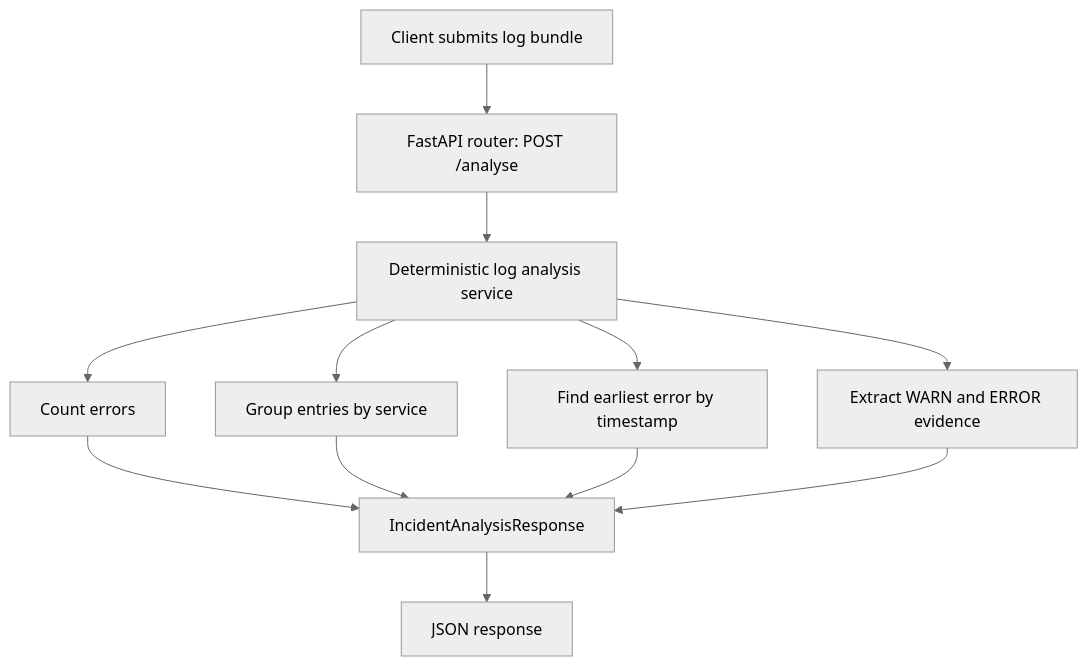
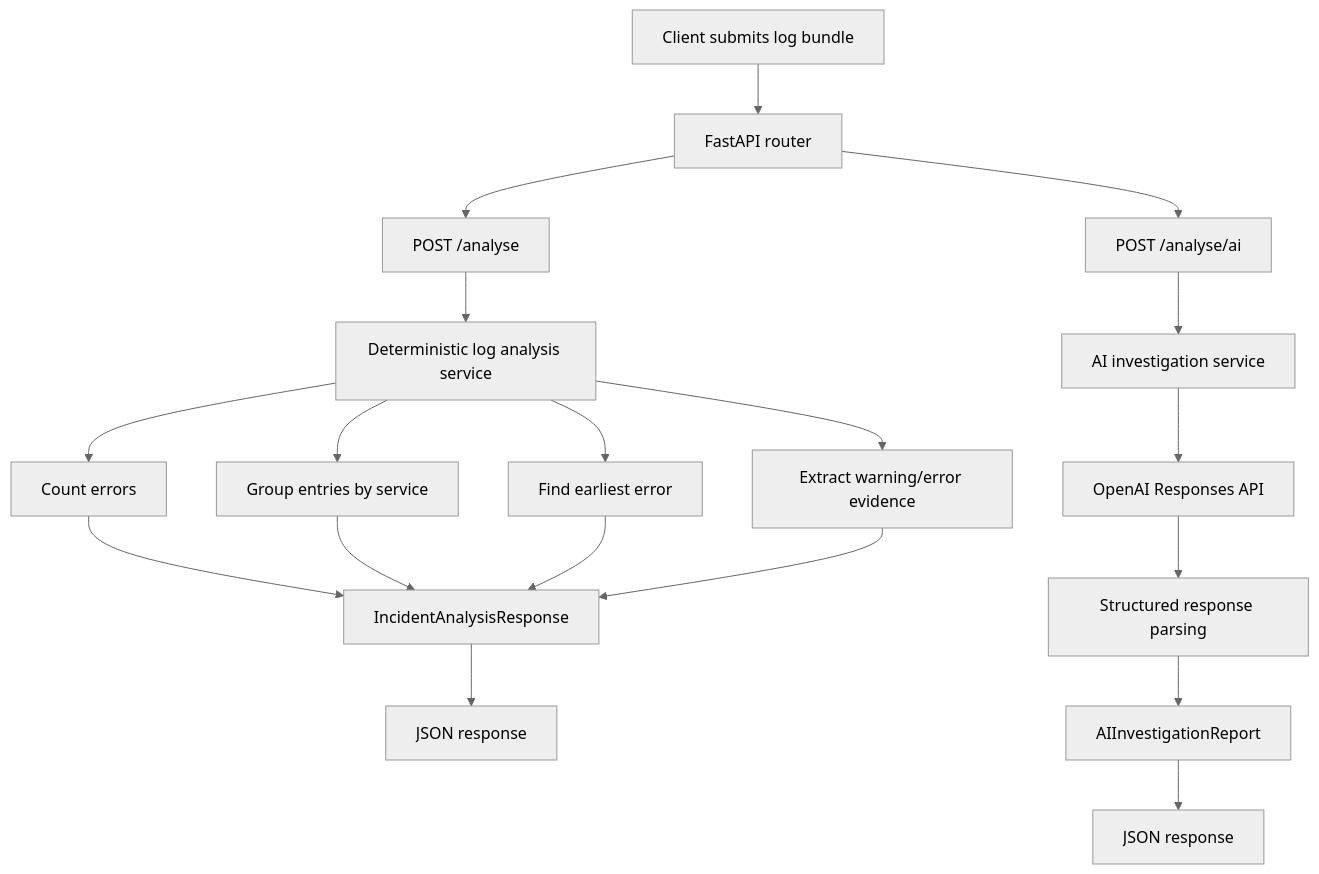
One commit to graemeNorman-1985/ai-incident-investigator changed the diagram in README.md. Above: the diagram before and after it, drawn with Mermaid (neutral theme). The commit also changed other lines of this file and 6 other files, not shown here.

````diff
--- a/README.md
+++ b/README.md
@@ -35,14 +114,23 @@
 ```mermaid
 flowchart TD
-    A[Client submits log bundle] --> B[FastAPI router: POST /analyse]
-    B --> C[Deterministic log analysis service]
-    C --> D[Count errors]
-    C --> E[Group entries by service]
-    C --> F[Find earliest error by timestamp]
-    C --> G[Extract WARN and ERROR evidence]
-    D --> H[IncidentAnalysisResponse]
-    E --> H
-    F --> H
-    G --> H
-    H --> I[JSON response]
+    A[Client submits log bundle] --> B[FastAPI router]
+
+    B --> C[POST /analyse]
+    C --> D[Deterministic log analysis service]
+    D --> E[Count errors]
+    D --> F[Group entries by service]
+    D --> G[Find earliest error]
+    D --> H[Extract warning/error evidence]
+    E --> I[IncidentAnalysisResponse]
+    F --> I
+    G --> I
+    H --> I
+    I --> J[JSON response]
+
+    B --> K[POST /analyse/ai]
+    K --> L[AI investigation service]
+    L --> M[OpenAI Responses API]
+    M --> N[Structured response parsing]
+    N --> O[AIInvestigationReport]
+    O --> P[JSON response]
 ```
````
